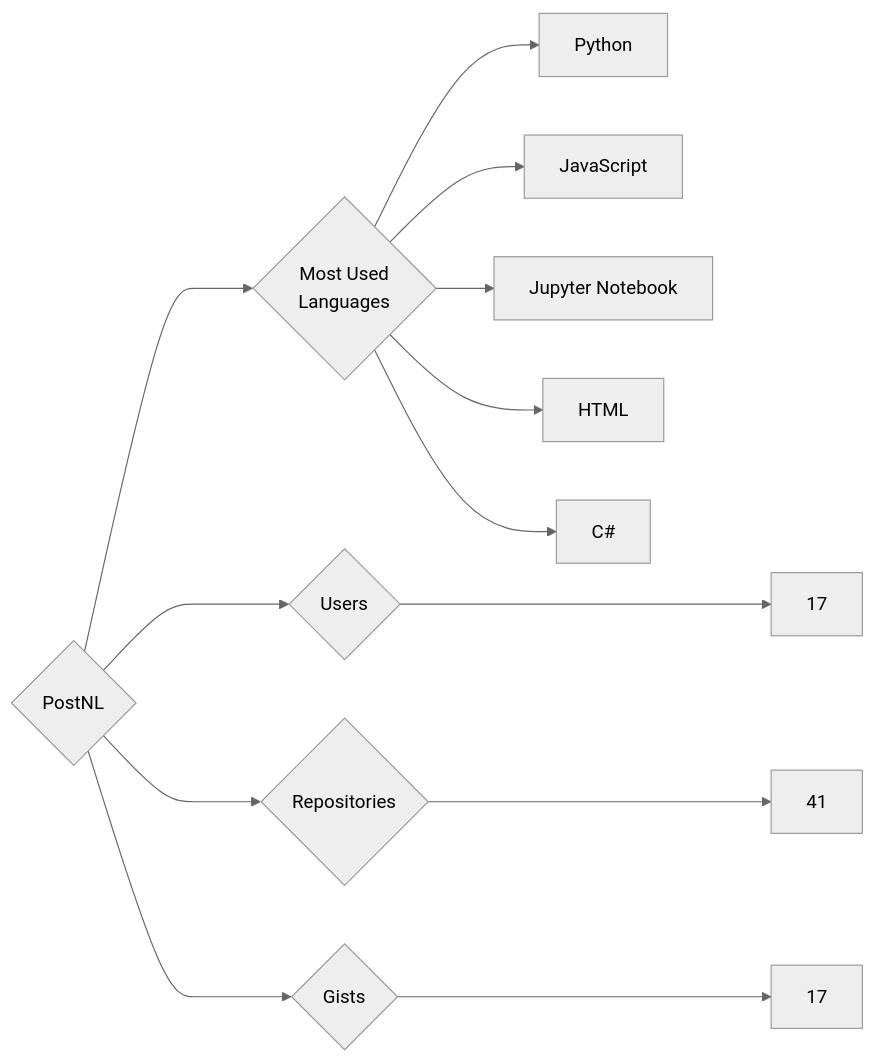
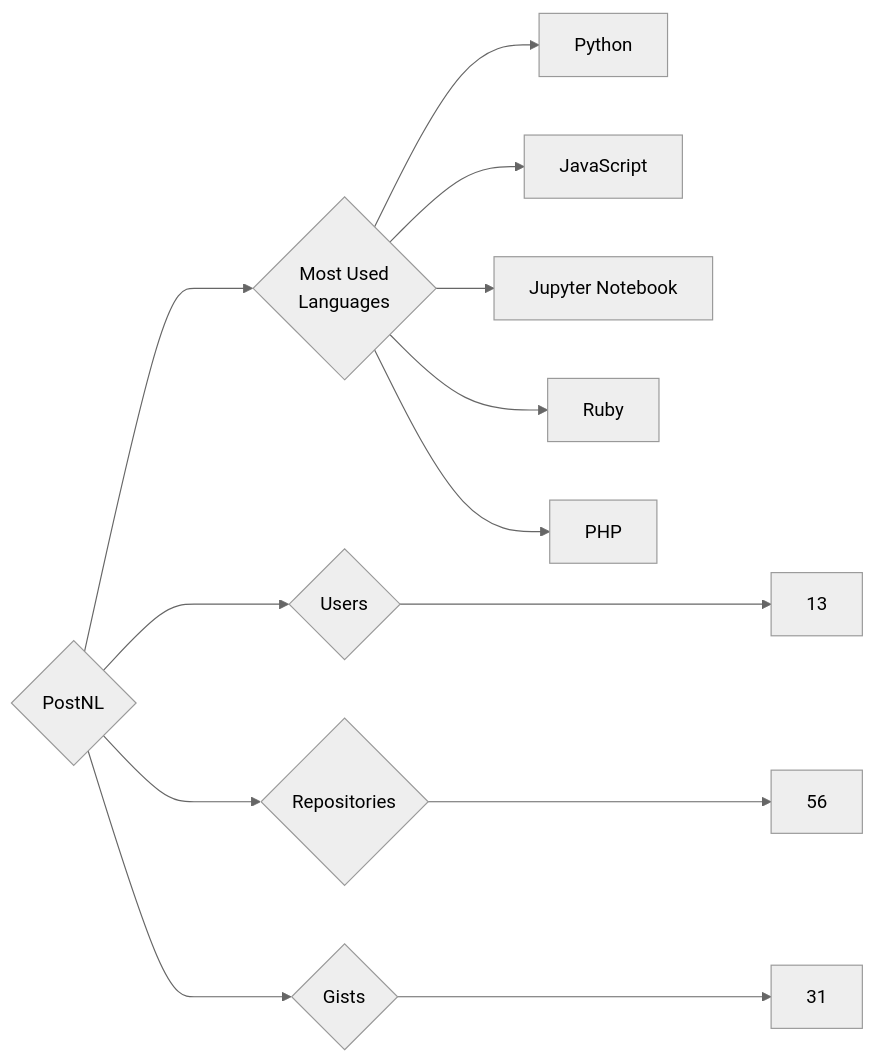
One commit to trickest/insiders changed the diagram in targets/PostNL/README.md. Above: the diagram before and after it, drawn with Mermaid (neutral theme). The commit also changed 799 other files, not shown here.

````diff
--- a/targets/PostNL/README.md
+++ b/targets/PostNL/README.md
@@ -3,13 +3,13 @@
 ```mermaid
 graph LR
 COMPANY_NAME{PostNL}
-COMPANY_NAME ---> U{Users} ---> UN[17]
-COMPANY_NAME ---> R{Repositories} ---> RN[41]
-COMPANY_NAME ---> G{Gists} ---> GN[17]
+COMPANY_NAME ---> U{Users} ---> UN[13]
+COMPANY_NAME ---> R{Repositories} ---> RN[56]
+COMPANY_NAME ---> G{Gists} ---> GN[31]
 COMPANY_NAME ---> ML{Most Used<br>Languages}
 ML --> Python[Python]
 ML --> JavaScript[JavaScript]
 ML --> Jupyter_Notebook[Jupyter Notebook]
-ML --> HTML[HTML]
-ML --> C#[C#]
+ML --> Ruby[Ruby]
+ML --> PHP[PHP]
 ```
````
